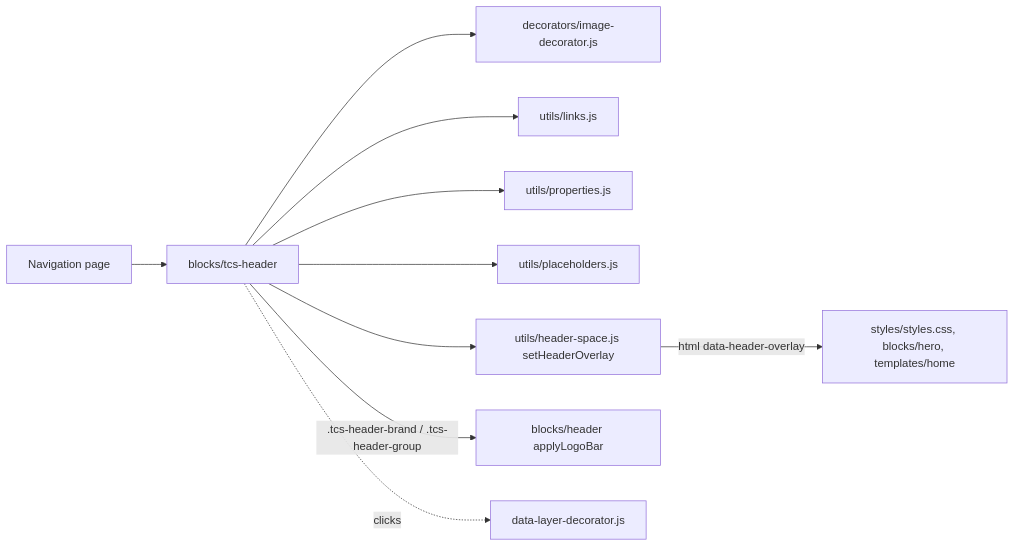
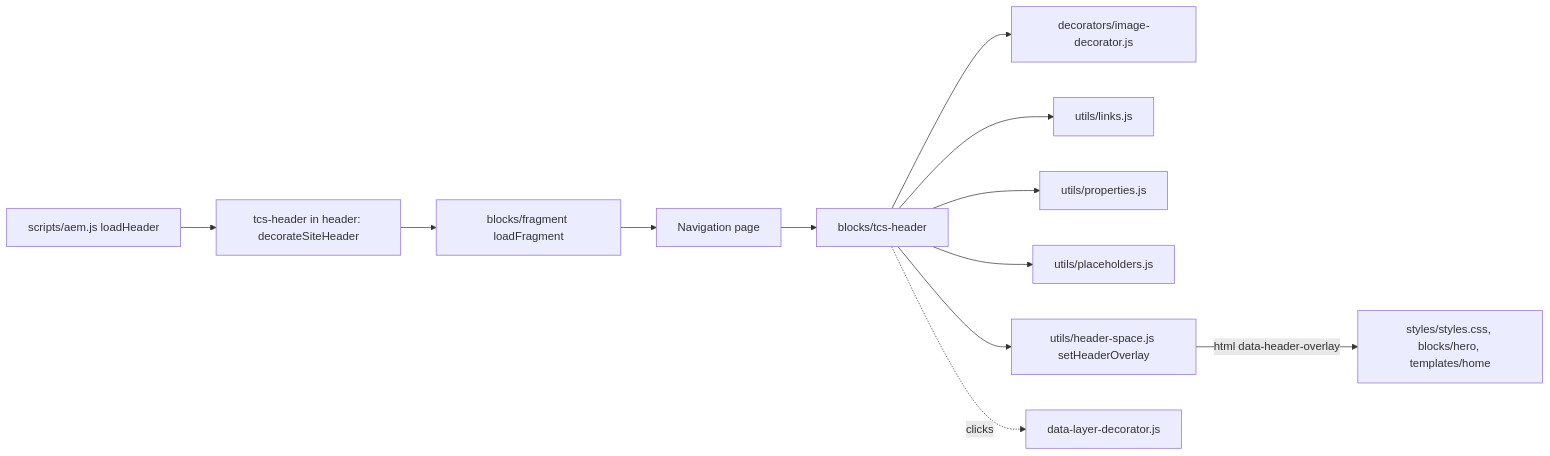
One commit to sradha-tcs/tcs-corp changed the diagram in blocks/tcs-header/README.md. Above: the diagram before and after it, drawn with Mermaid. The commit also changed other lines of this file and 36 other files, not shown here.

````diff
--- a/blocks/tcs-header/README.md
+++ b/blocks/tcs-header/README.md
@@ -623,12 +628,14 @@
 ```mermaid
 graph LR
   NAV[Navigation page] --> TH[blocks/tcs-header]
   TH --> IMG[decorators/image-decorator.js]
   TH --> LNK[utils/links.js]
   TH --> PROP[utils/properties.js]
   TH --> PH[utils/placeholders.js]
   TH --> HS[utils/header-space.js setHeaderOverlay]
   HS -- html data-header-overlay --> CSS[styles/styles.css, blocks/hero, templates/home]
-  TH -- .tcs-header-brand / .tcs-header-group --> H[blocks/header applyLogoBar]
+  AEM[scripts/aem.js loadHeader] --> SH[tcs-header in header: decorateSiteHeader]
+  SH --> FR[blocks/fragment loadFragment]
+  FR --> NAV
   TH -. clicks .-> DL[data-layer-decorator.js]
 ```
````
